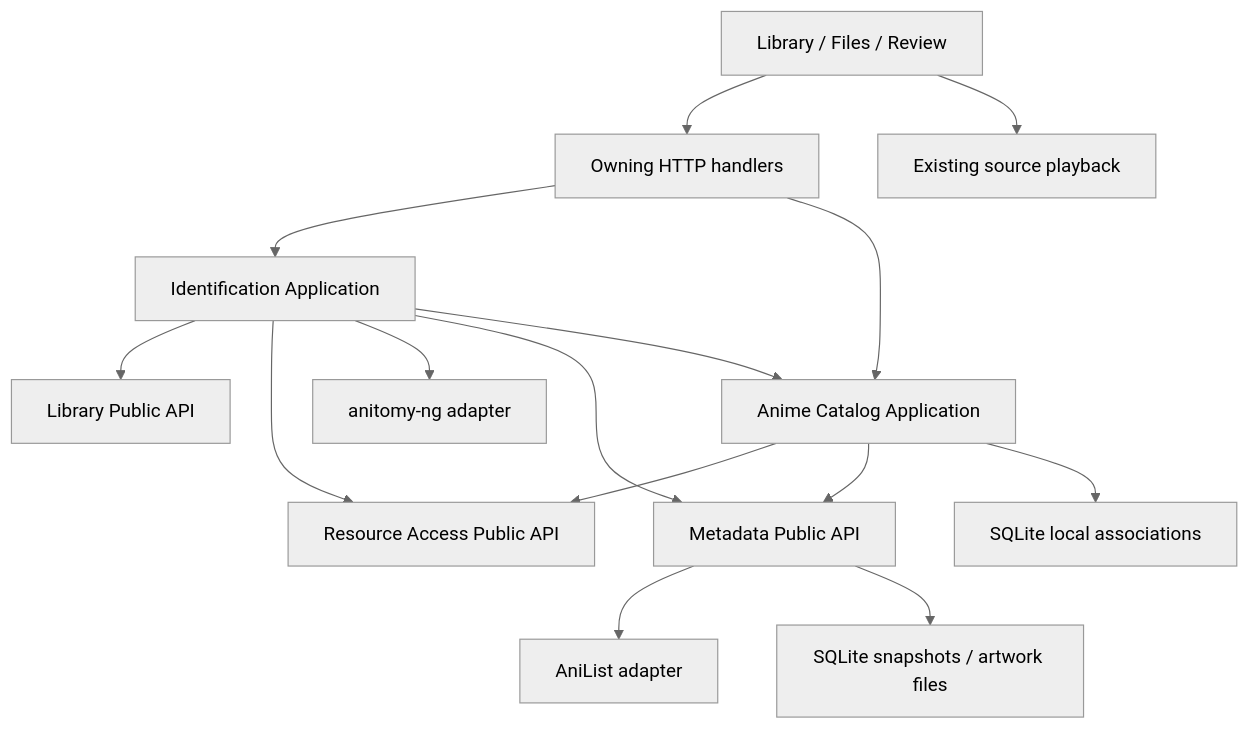
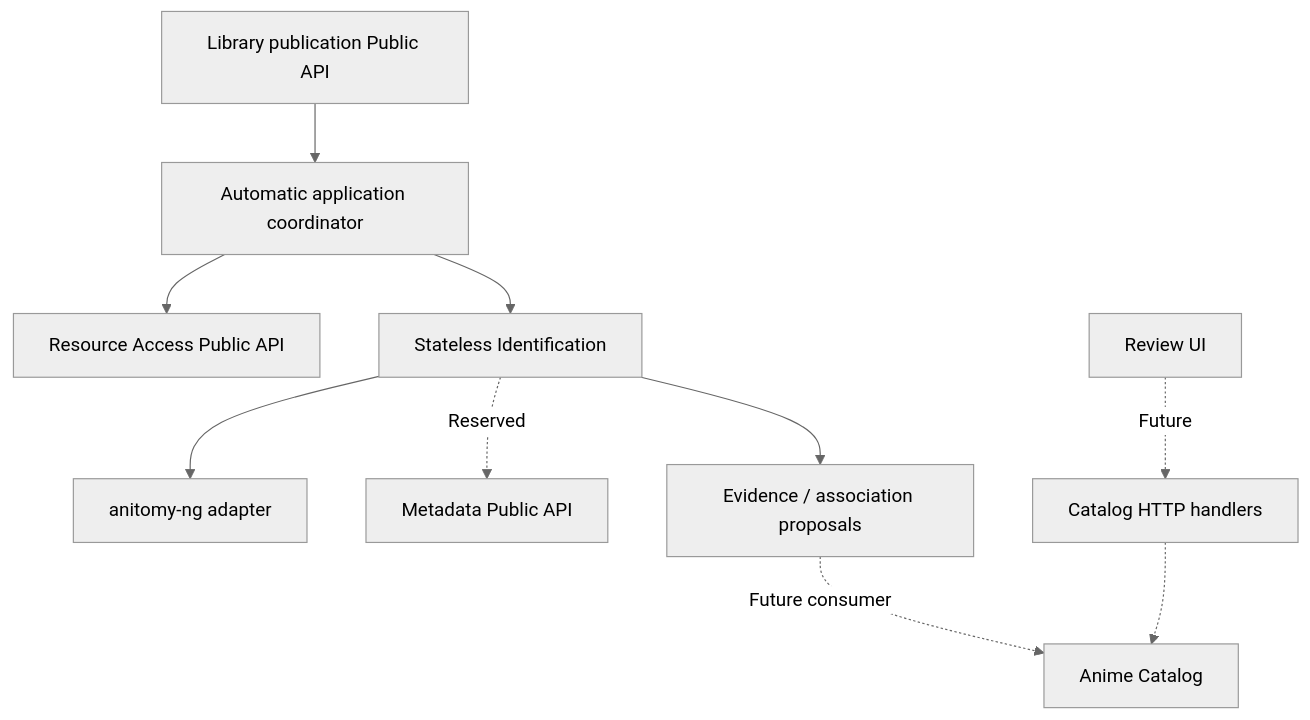
The diagram in docs/current-version-design.md (qw0er/Anishelf), drawn with Mermaid (neutral theme) before and after one commit. The commit also changed other lines of this file and 22 other files, not shown here.

Commit message:
feat(identification): add durable identification runs and review APIs

````diff
--- a/docs/current-version-design.md
+++ b/docs/current-version-design.md
@@ -153,17 +155,12 @@
 ```mermaid
 flowchart TD
-  UI[Library / Files / Review] --> HTTP[Owning HTTP handlers]
-  HTTP --> Identify[Identification Application]
-  HTTP --> Catalog[Anime Catalog Application]
-  Identify --> Library[Library Public API]
-  Identify --> Access[Resource Access Public API]
+  Library[Library publication Public API] --> Coordinator[Automatic application coordinator]
+  Coordinator --> Access[Resource Access Public API]
+  Coordinator --> Identify[Stateless Identification]
   Identify --> Parser[anitomy-ng adapter]
-  Identify --> Metadata[Metadata Public API]
-  Identify --> Catalog
-  Catalog --> Access
-  Catalog --> Metadata
-  Metadata --> AniList[AniList adapter]
-  Metadata --> Cache[SQLite snapshots / artwork files]
-  Catalog --> State[SQLite local associations]
-  UI --> Playback[Existing source playback]
+  Identify -. Reserved .-> Metadata[Metadata Public API]
+  Identify --> Proposals[Evidence / association proposals]
+  Proposals -. Future consumer .-> Catalog[Anime Catalog]
+  UI[Review UI] -. Future .-> HTTP[Catalog HTTP handlers]
+  HTTP -.-> Catalog
 ```
````
